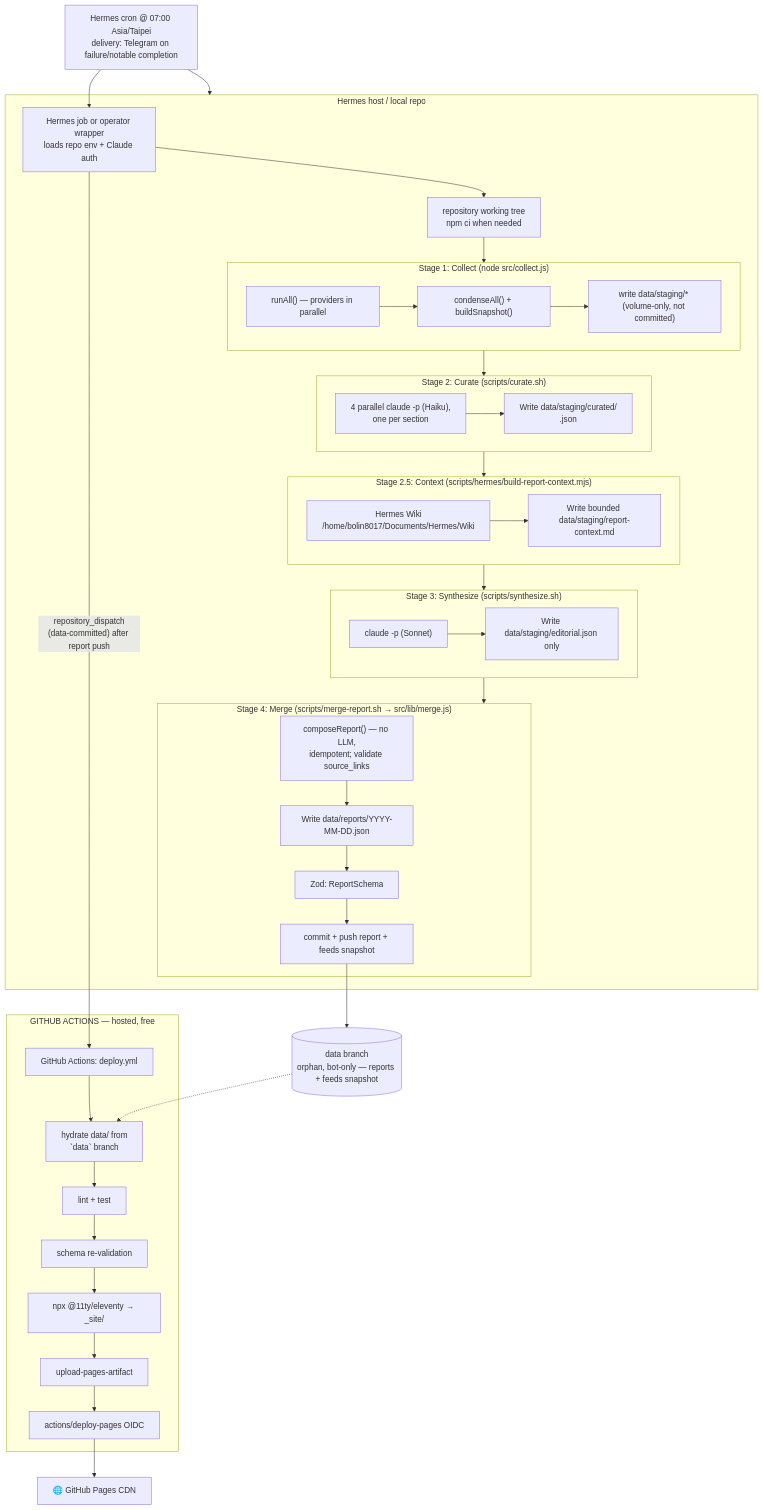
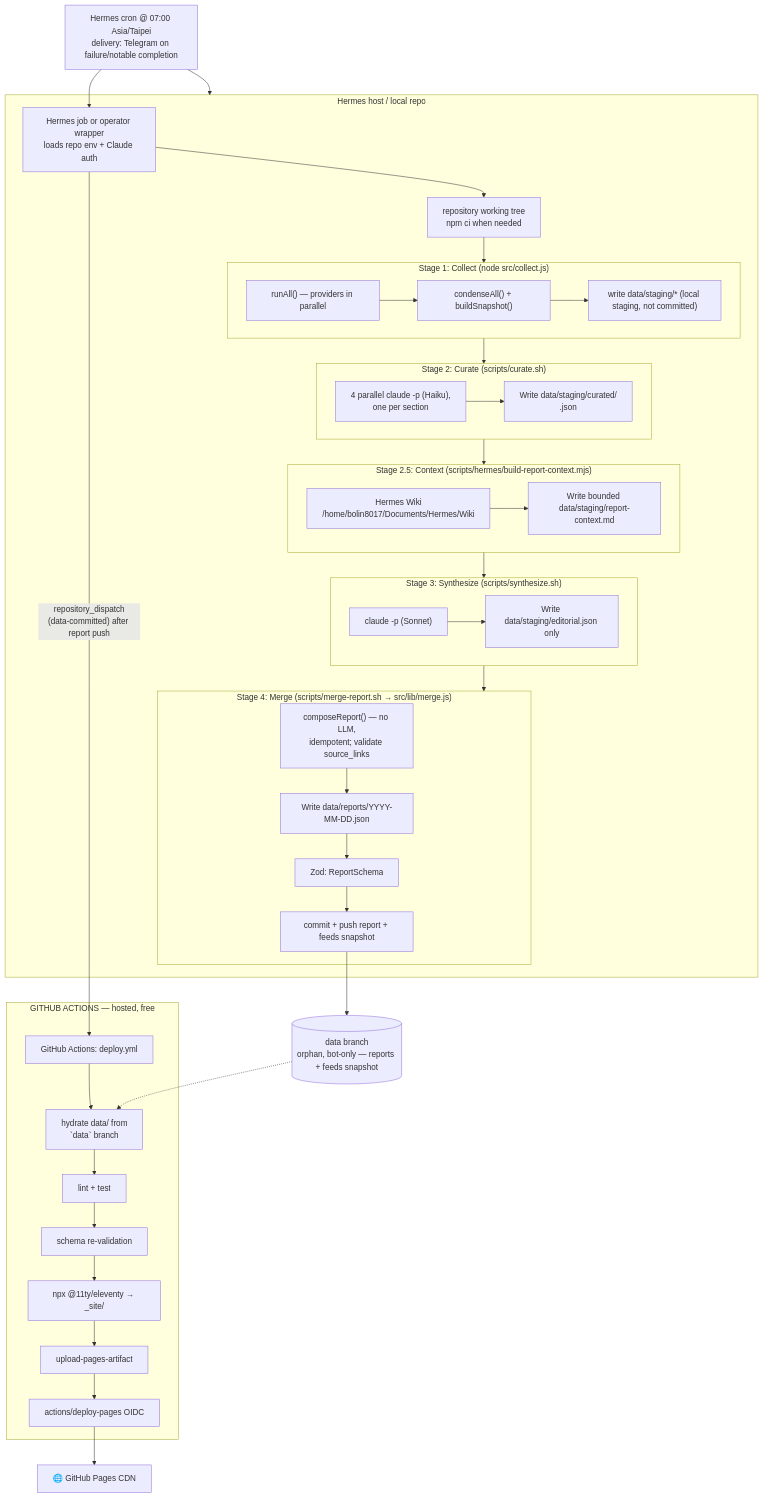
The first of 3 diagrams in docs/architecture.md (bolin8017/ai-daily-report), drawn with Mermaid before and after one commit. The commit also changed other lines of this file and 19 other files, not shown here.

````diff
--- a/docs/architecture.md
+++ b/docs/architecture.md
@@ -17,60 +17,60 @@
 ```mermaid
 flowchart TD
   Timer["Hermes cron @ 07:00 Asia/Taipei<br/>delivery: Telegram on failure/notable completion"] --> Host
 
   subgraph Host["Hermes host / local repo"]
     CronRun["Hermes job or operator wrapper<br/>loads repo env + Claude auth"]
     CronRun --> Entry["repository working tree<br/>npm ci when needed"]
 
       subgraph Stage1["Stage 1: Collect (node src/collect.js)"]
         Fetch["runAll() — providers in parallel"]
         Fetch --> Condense["condenseAll() + buildSnapshot()"]
-        Condense --> WriteStaging["write data/staging/* (volume-only, not committed)"]
+        Condense --> WriteStaging["write data/staging/* (local staging, not committed)"]
       end
 
       subgraph Stage2["Stage 2: Curate (scripts/curate.sh)"]
         Curate["4 parallel claude -p (Haiku),<br/>one per section"]
         Curate --> WriteCurated["Write data/staging/curated/<section>.json"]
       end
 
       subgraph Stage25["Stage 2.5: Context (scripts/hermes/build-report-context.mjs)"]
         Wiki["Hermes Wiki<br/>/home/bolin8017/Documents/Hermes/Wiki"]
         Wiki --> Context["Write bounded data/staging/report-context.md"]
       end
 
       subgraph Stage3["Stage 3: Synthesize (scripts/synthesize.sh)"]
         Synth["claude -p (Sonnet)"]
         Synth --> WriteEditorial["Write data/staging/editorial.json only"]
       end
 
       subgraph Stage4["Stage 4: Merge (scripts/merge-report.sh → src/lib/merge.js)"]
         Compose["composeReport() — no LLM,<br/>idempotent; validate source_links"]
         Compose --> WriteReport["Write data/reports/YYYY-MM-DD.json"]
         WriteReport --> Validate["Zod: ReportSchema"]
         Validate --> CommitReport["commit + push report + feeds snapshot"]
       end
 
       Entry --> Stage1
       Stage1 --> Stage2
       Stage2 --> Stage25
       Stage25 --> Stage3
       Stage3 --> Stage4
   end
 
   Timer --> CronRun
   CommitReport --> DataBranch[(data branch<br/>orphan, bot-only — reports + feeds snapshot)]
 
   CronRun -->|"repository_dispatch<br/>(data-committed) after report push"| GHA[GitHub Actions: deploy.yml]
 
   subgraph GHACI["GITHUB ACTIONS — hosted, free"]
     GHA --> Hydrate[hydrate data/ from<br/>`data` branch]
     Hydrate --> Lint[lint + test]
     Lint --> RevValidate[schema re-validation]
     RevValidate --> Build[npx @11ty/eleventy → _site/]
     Build --> Upload[upload-pages-artifact]
     Upload --> Deploy[actions/deploy-pages OIDC]
   end
 
   DataBranch -.-> Hydrate
   Deploy --> Pages[🌐 GitHub Pages CDN]
 ```
````
